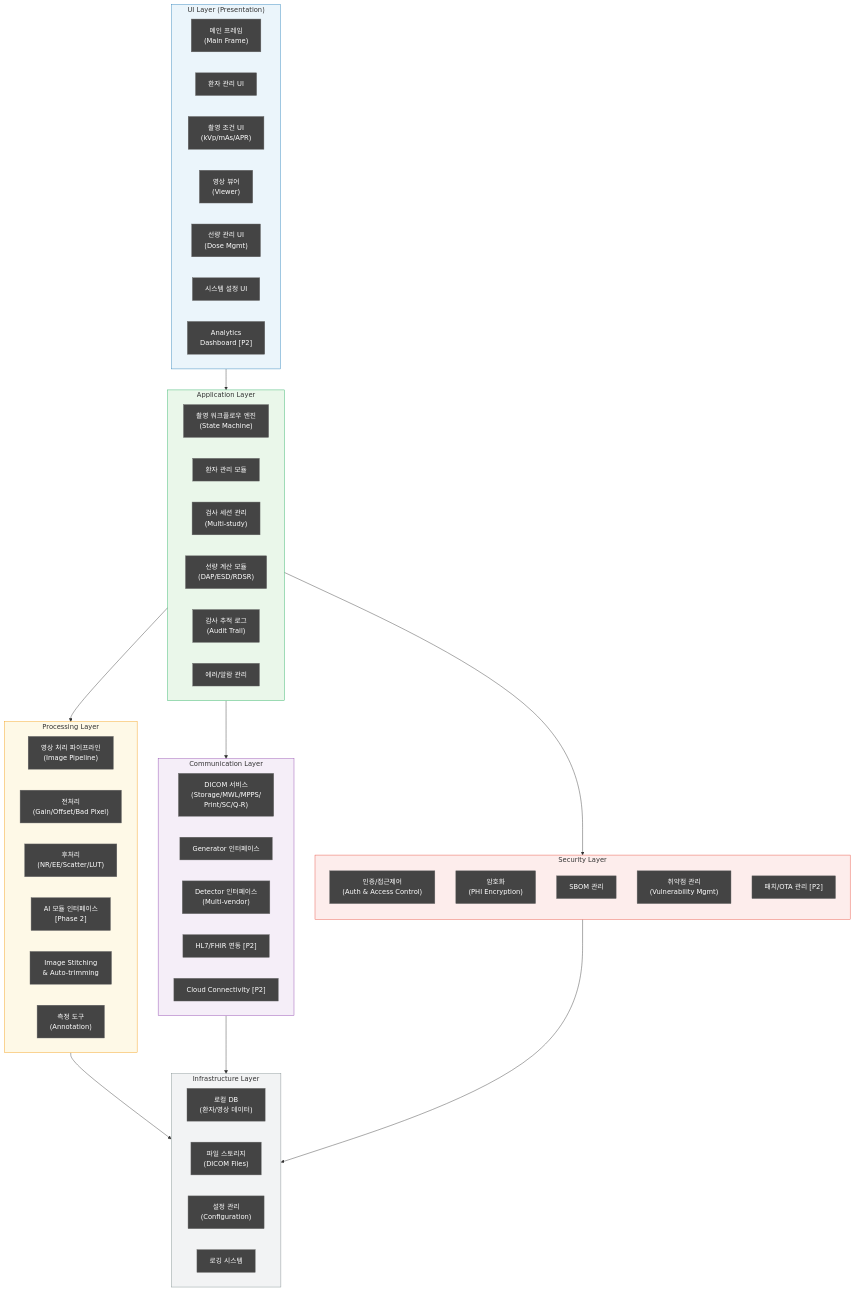
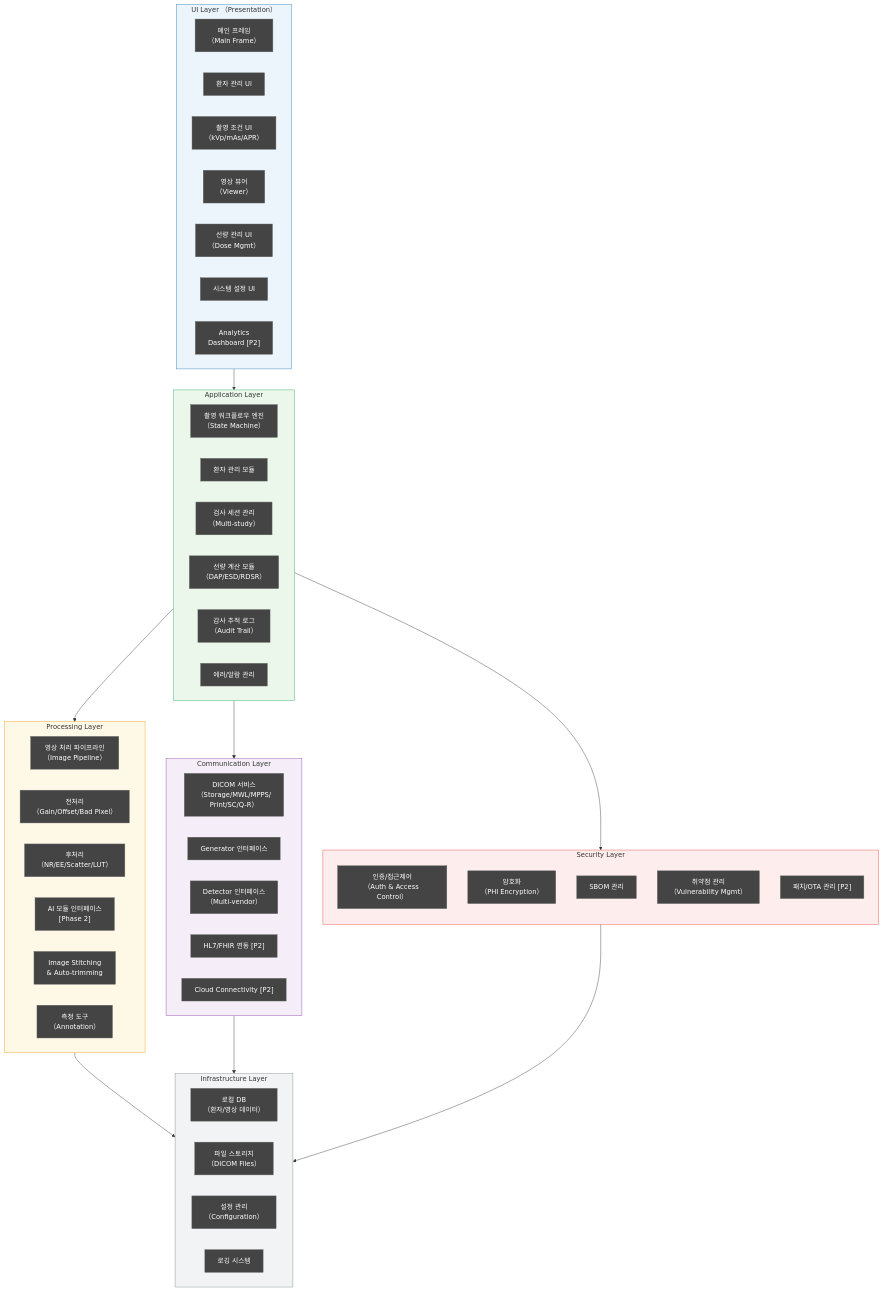
One commit to holee9/console-gui changed the eighth of 10 diagrams in docs/management/WBS-001_WBS_v1.0.md. Above: the diagram before and after it, drawn with Mermaid. The commit also changed other lines of this file and 22 other files, not shown here.

First line of the commit message:
fix: Mermaid flowchart 노드 내 괄호 파싱 오류 전면 수정

````diff
--- a/docs/management/WBS-001_WBS_v1.0.md
+++ b/docs/management/WBS-001_WBS_v1.0.md
@@ -498,75 +498,75 @@
 ```mermaid
 flowchart TB
     classDef default fill:#444,stroke:#666,color:#fff
-    subgraph UI["UI Layer (Presentation)"]
+    subgraph UI["UI Layer （Presentation）"]
         direction LR
-        MainUI["메인 프레임\n(Main Frame)"]
+        MainUI["메인 프레임\n（Main Frame）"]
         PatientUI["환자 관리 UI"]
-        AcqUI["촬영 조건 UI\n(kVp/mAs/APR)"]
-        ViewerUI["영상 뷰어\n(Viewer)"]
-        DoseUI["선량 관리 UI\n(Dose Mgmt)"]
+        AcqUI["촬영 조건 UI\n（kVp/mAs/APR）"]
+        ViewerUI["영상 뷰어\n（Viewer）"]
+        DoseUI["선량 관리 UI\n（Dose Mgmt）"]
         SettingsUI["시스템 설정 UI"]
         AnalyticsUI["Analytics\nDashboard [P2]"]
     end
 
     subgraph App["Application Layer"]
         direction LR
-        WorkflowEngine["촬영 워크플로우 엔진\n(State Machine)"]
+        WorkflowEngine["촬영 워크플로우 엔진\n（State Machine）"]
         PatientMgr["환자 관리 모듈"]
-        SessionMgr["검사 세션 관리\n(Multi-study)"]
-        DoseMgr["선량 계산 모듈\n(DAP/ESD/RDSR)"]
-        AuditLog["감사 추적 로그\n(Audit Trail)"]
+        SessionMgr["검사 세션 관리\n（Multi-study）"]
+        DoseMgr["선량 계산 모듈\n（DAP/ESD/RDSR）"]
+        AuditLog["감사 추적 로그\n（Audit Trail）"]
         AlertMgr["에러/알람 관리"]
     end
 
     subgraph Proc["Processing Layer"]
         direction LR
-        ImgPipeline["영상 처리 파이프라인\n(Image Pipeline)"]
-        PreProc["전처리\n(Gain/Offset/Bad Pixel)"]
-        PostProc["후처리\n(NR/EE/Scatter/LUT)"]
+        ImgPipeline["영상 처리 파이프라인\n（Image Pipeline）"]
+        PreProc["전처리\n（Gain/Offset/Bad Pixel）"]
+        PostProc["후처리\n（NR/EE/Scatter/LUT）"]
         AIInterface["AI 모듈 인터페이스\n[Phase 2]"]
         ImgStitch["Image Stitching\n& Auto-trimming"]
-        MeasureTool["측정 도구\n(Annotation)"]
+        MeasureTool["측정 도구\n（Annotation）"]
     end
 
     subgraph Comm["Communication Layer"]
         direction LR
-        DICOMSvc["DICOM 서비스\n(Storage/MWL/MPPS/\nPrint/SC/Q-R)"]
+        DICOMSvc["DICOM 서비스\n（Storage/MWL/MPPS/\nPrint/SC/Q-R）"]
         GeneratorIF["Generator 인터페이스"]
-        DetectorIF["Detector 인터페이스\n(Multi-vendor)"]
+        DetectorIF["Detector 인터페이스\n（Multi-vendor）"]
         HL7FHIR["HL7/FHIR 연동 [P2]"]
         CloudConn["Cloud Connectivity [P2]"]
     end
 
     subgraph Sec["Security Layer"]
         direction TB
-        AuthAC["인증/접근제어\n(Auth & Access Control)"]
-        Encrypt["암호화\n(PHI Encryption)"]
+        AuthAC["인증/접근제어\n（Auth & Access Control）"]
+        Encrypt["암호화\n（PHI Encryption）"]
         SBOM["SBOM 관리"]
-        VulnMgmt["취약점 관리\n(Vulnerability Mgmt)"]
+        VulnMgmt["취약점 관리\n（Vulnerability Mgmt）"]
         PatchMgr["패치/OTA 관리 [P2]"]
     end
 
     subgraph Infra["Infrastructure Layer"]
         direction LR
-        DB["로컬 DB\n(환자/영상 데이터)"]
-        FileStore["파일 스토리지\n(DICOM Files)"]
-        ConfigMgr["설정 관리\n(Configuration)"]
+        DB["로컬 DB\n（환자/영상 데이터）"]
+        FileStore["파일 스토리지\n（DICOM Files）"]
+        ConfigMgr["설정 관리\n（Configuration）"]
         LogSys["로깅 시스템"]
     end
 
     UI --> App
     App --> Proc
     App --> Comm
     App --> Sec
     Proc --> Infra
     Comm --> Infra
     Sec --> Infra
 
     style UI fill:#EBF5FB,stroke:#2980B9
     style App fill:#EAF7EA,stroke:#27AE60
     style Proc fill:#FEF9E7,stroke:#F39C12
     style Comm fill:#F5EEF8,stroke:#8E44AD
     style Sec fill:#FDEDEC,stroke:#E74C3C
     style Infra fill:#F2F3F4,stroke:#7F8C8D
 ```
````
